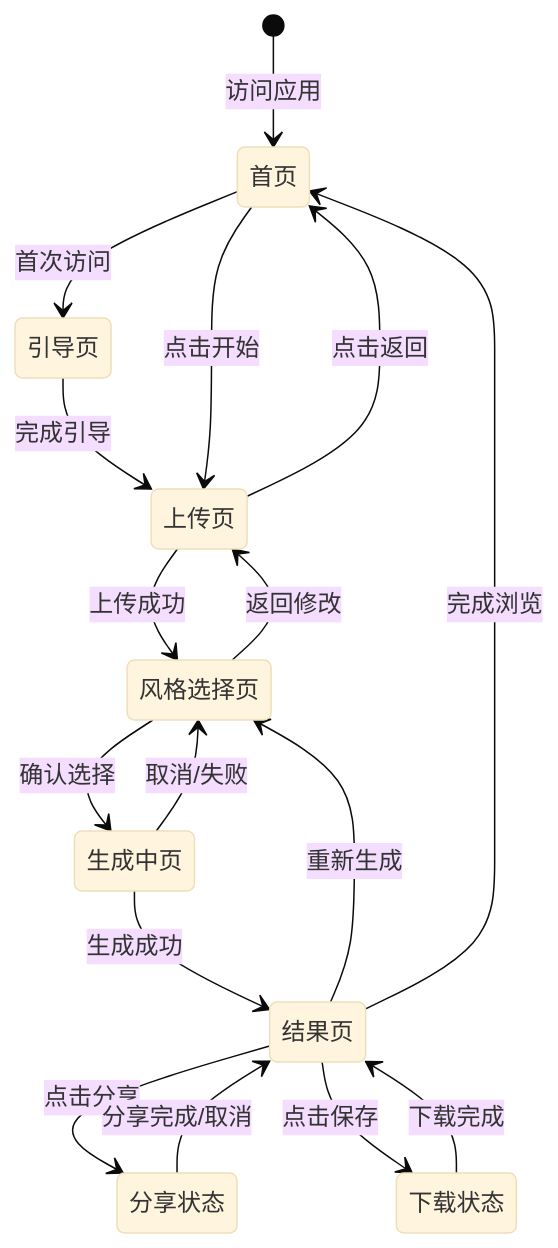
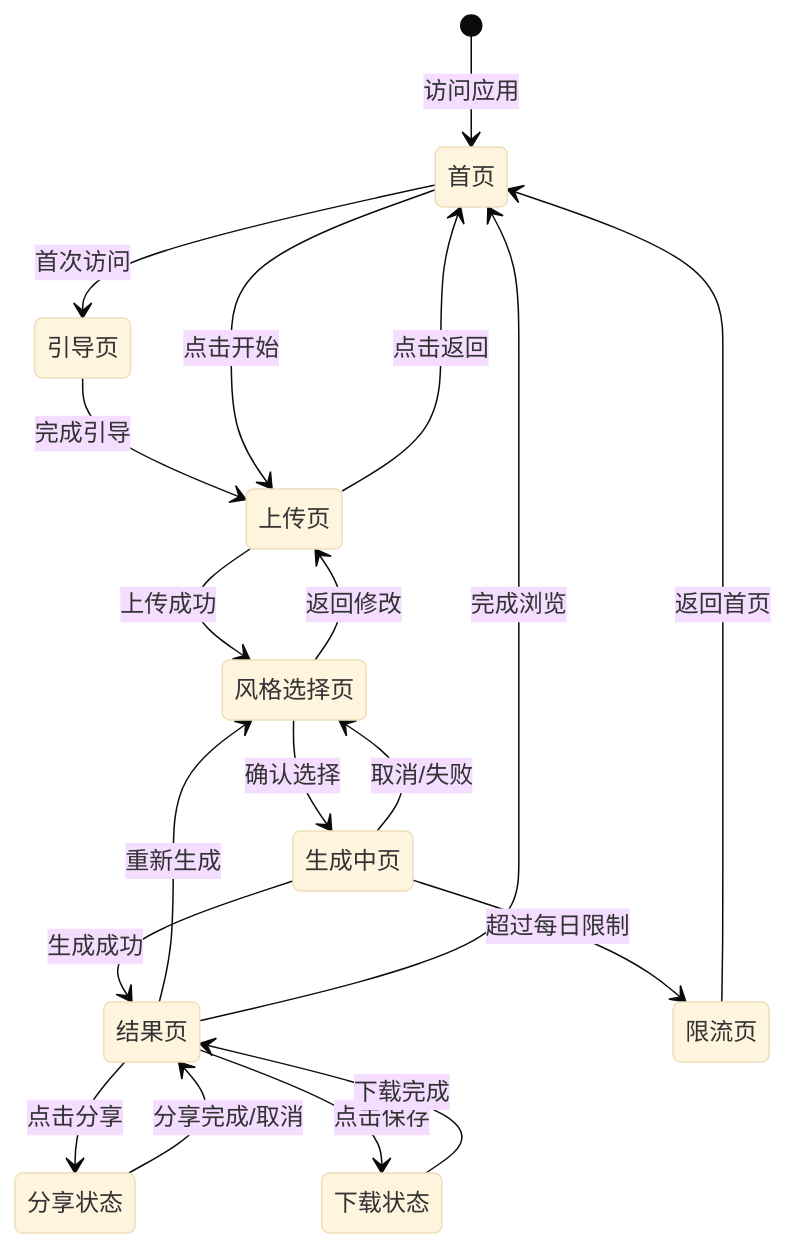
One commit to mahaoliang2005/destinymatch changed the sixth of 6 diagrams in docs/user-flow.md. Above: the diagram before and after it, drawn with Mermaid (base theme). The commit also changed other lines of this file and 1 other file, not shown here.

````diff
--- a/docs/user-flow.md
+++ b/docs/user-flow.md
@@ -528,26 +551,29 @@
 ```mermaid
 stateDiagram-v2
     [*] --> 首页: 访问应用
 
     首页 --> 引导页: 首次访问
     引导页 --> 上传页: 完成引导
     首页 --> 上传页: 点击开始
 
     上传页 --> 风格选择页: 上传成功
     上传页 --> 首页: 点击返回
 
     风格选择页 --> 生成中页: 确认选择
     风格选择页 --> 上传页: 返回修改
 
     生成中页 --> 结果页: 生成成功
+    生成中页 --> 限流页: 超过每日限制
     生成中页 --> 风格选择页: 取消/失败
+
+    限流页 --> 首页: 返回首页
 
     结果页 --> 风格选择页: 重新生成
     结果页 --> 首页: 完成浏览
 
     结果页 --> 分享状态: 点击分享
     分享状态 --> 结果页: 分享完成/取消
 
     结果页 --> 下载状态: 点击保存
     下载状态 --> 结果页: 下载完成
 ```
````
